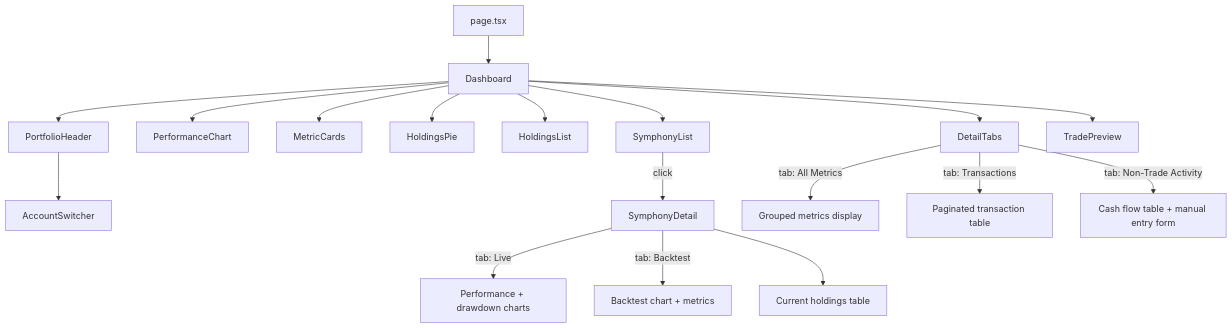
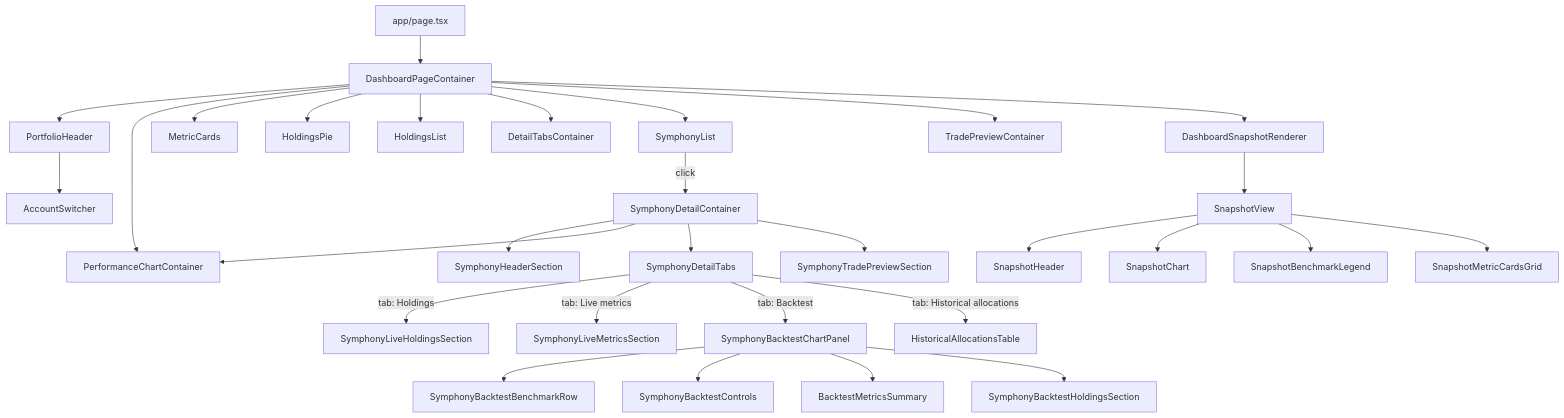
One commit to Latro37/portfolio_dashboard changed the sixth of 6 diagrams in docs/ARCHITECTURE.md. Above: the diagram before and after it, drawn with Mermaid. The commit also changed other lines of this file and 1 other file, not shown here.

Commit message:
docs: align architecture with feature extraction boundaries

````diff
--- a/docs/ARCHITECTURE.md
+++ b/docs/ARCHITECTURE.md
@@ -371,26 +387,37 @@
 ```mermaid
 graph TD
-    Page["page.tsx"]
-    Page --> Dashboard
+    Page["app/page.tsx"] --> DashboardPageContainer
 
-    Dashboard --> PortfolioHeader
-    Dashboard --> PerformanceChart
-    Dashboard --> MetricCards
-    Dashboard --> HoldingsPie
-    Dashboard --> HoldingsList
-    Dashboard --> DetailTabs
-    Dashboard --> SymphonyList
-    Dashboard --> TradePreview
+    DashboardPageContainer --> PortfolioHeader
+    DashboardPageContainer --> PerformanceChartContainer
+    DashboardPageContainer --> MetricCards
+    DashboardPageContainer --> HoldingsPie
+    DashboardPageContainer --> HoldingsList
+    DashboardPageContainer --> DetailTabsContainer
+    DashboardPageContainer --> SymphonyList
+    DashboardPageContainer --> TradePreviewContainer
+    DashboardPageContainer --> DashboardSnapshotRenderer
 
     PortfolioHeader --> AccountSwitcher
+    DashboardSnapshotRenderer --> SnapshotView
+    SnapshotView --> SnapshotHeader
+    SnapshotView --> SnapshotChart
+    SnapshotView --> SnapshotBenchmarkLegend
+    SnapshotView --> SnapshotMetricCardsGrid
 
-    SymphonyList -->|click| SymphonyDetail
+    SymphonyList -->|click| SymphonyDetailContainer
+    SymphonyDetailContainer --> SymphonyHeaderSection
+    SymphonyDetailContainer --> PerformanceChartContainer
+    SymphonyDetailContainer --> SymphonyDetailTabs
+    SymphonyDetailContainer --> SymphonyTradePreviewSection
 
-    DetailTabs -->|tab: All Metrics| AllMetrics["Grouped metrics display"]
-    DetailTabs -->|tab: Transactions| TxTable["Paginated transaction table"]
-    DetailTabs -->|tab: Non-Trade Activity| CashFlowTable["Cash flow table + manual entry form"]
+    SymphonyDetailTabs -->|tab: Holdings| SymphonyLiveHoldingsSection
+    SymphonyDetailTabs -->|tab: Live metrics| SymphonyLiveMetricsSection
+    SymphonyDetailTabs -->|tab: Backtest| SymphonyBacktestChartPanel
+    SymphonyDetailTabs -->|tab: Historical allocations| HistoricalAllocationsTable
 
-    SymphonyDetail -->|tab: Live| LiveCharts["Performance + drawdown charts"]
-    SymphonyDetail -->|tab: Backtest| BacktestCharts["Backtest chart + metrics"]
-    SymphonyDetail --> Holdings["Current holdings table"]
+    SymphonyBacktestChartPanel --> SymphonyBacktestBenchmarkRow
+    SymphonyBacktestChartPanel --> SymphonyBacktestControls
+    SymphonyBacktestChartPanel --> BacktestMetricsSummary
+    SymphonyBacktestChartPanel --> SymphonyBacktestHoldingsSection
 ```
````
